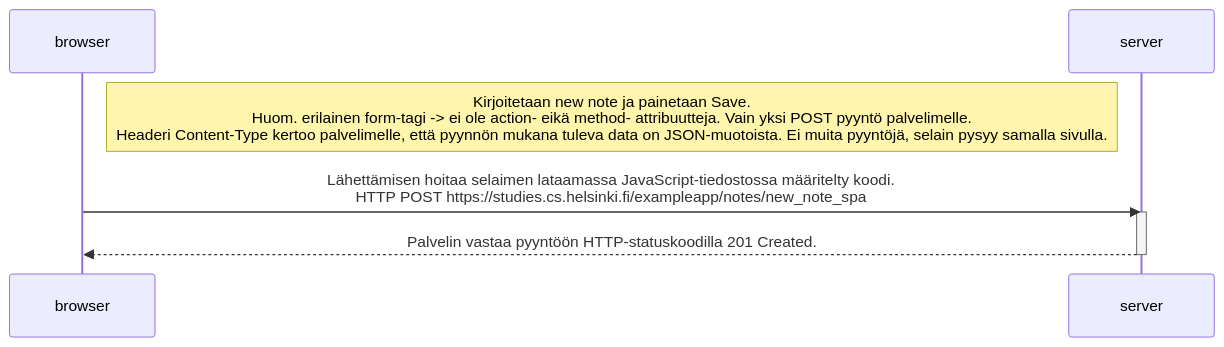
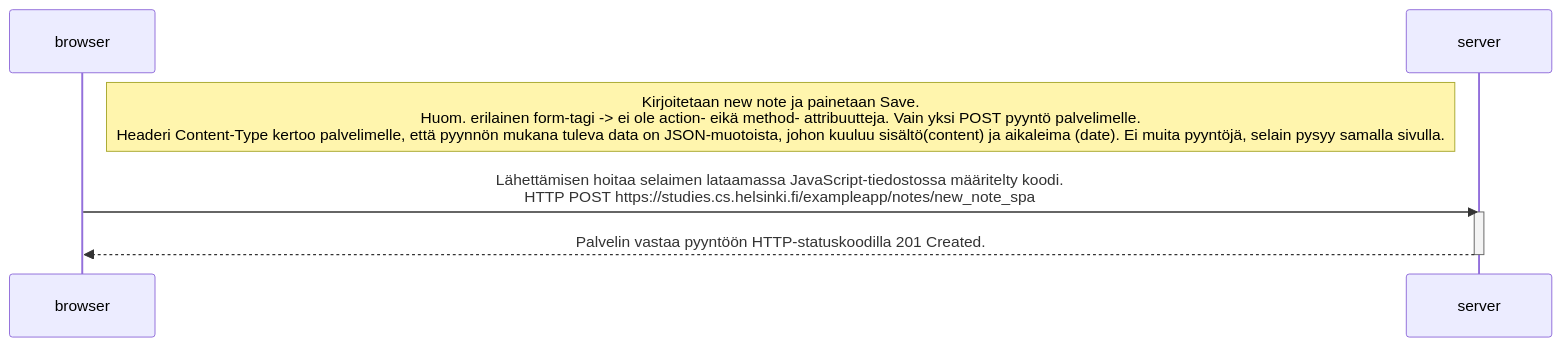
One commit to janinanarhi/fullstackOpen0 changed the diagram in 0.5.md. Above: the diagram before and after it, drawn with Mermaid.

````diff
--- a/0.5.md
+++ b/0.5.md
@@ -1,15 +1,15 @@
 ```mermaid
 
 sequenceDiagram
     participant browser
     participant server
 
     
-    note right of browser: Kirjoitetaan new note ja painetaan Save.<br>Huom. erilainen form-tagi -> ei ole action- eikä method- attribuutteja. Vain yksi POST pyyntö palvelimelle.<br>Headeri Content-Type kertoo palvelimelle, että pyynnön mukana tuleva data on JSON-muotoista. Ei muita pyyntöjä, selain pysyy samalla sivulla.
+    note right of browser: Kirjoitetaan new note ja painetaan Save.<br>Huom. erilainen form-tagi -> ei ole action- eikä method- attribuutteja. Vain yksi POST pyyntö palvelimelle.<br>Headeri Content-Type kertoo          palvelimelle, että pyynnön mukana tuleva data on JSON-muotoista, johon kuuluu sisältö(content) ja aikaleima (date). Ei muita pyyntöjä, selain pysyy samalla sivulla.
     browser->>server: Lähettämisen hoitaa selaimen lataamassa JavaScript-tiedostossa määritelty koodi.<br>HTTP POST https://studies.cs.helsinki.fi/exampleapp/notes/new_note_spa
     activate server
 
     server-->>browser:  Palvelin vastaa pyyntöön HTTP-statuskoodilla 201 Created. 
     deactivate server
     
 ```
````
